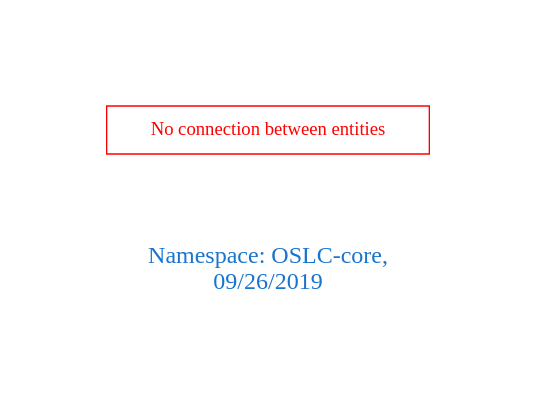
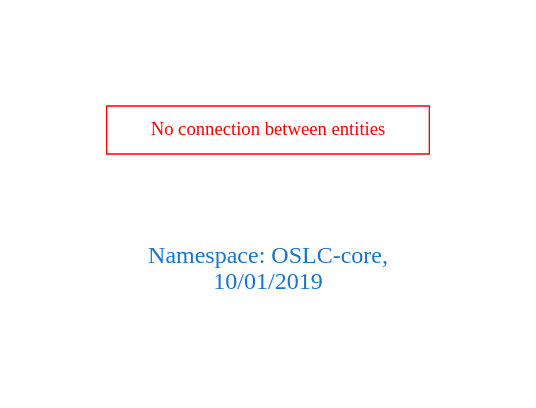
The diagram in downloads/OSLC-core.dot (arago/OGIT), drawn with Graphviz before and after one commit. The commit also changed 152 other files, not shown here.

```diff
--- a/downloads/OSLC-core.dot
+++ b/downloads/OSLC-core.dot
@@ -1,9 +1,9 @@
 digraph OGIT_ontology {
  graph [ rankdir= LR,pad=1 
 fontsize = 18,
-fontcolor= dodgerblue3,label = "\n\n\nNamespace: OSLC-core, \n 09/26/2019"];
+fontcolor= dodgerblue3,label = "\n\n\nNamespace: OSLC-core, \n 10/01/2019"];
 node[shape=polygon];
 edge [  color="gray81"];
 
 "No connection between entities" [fontcolor = "red",color="red", shape="polygon"]
 }
```
